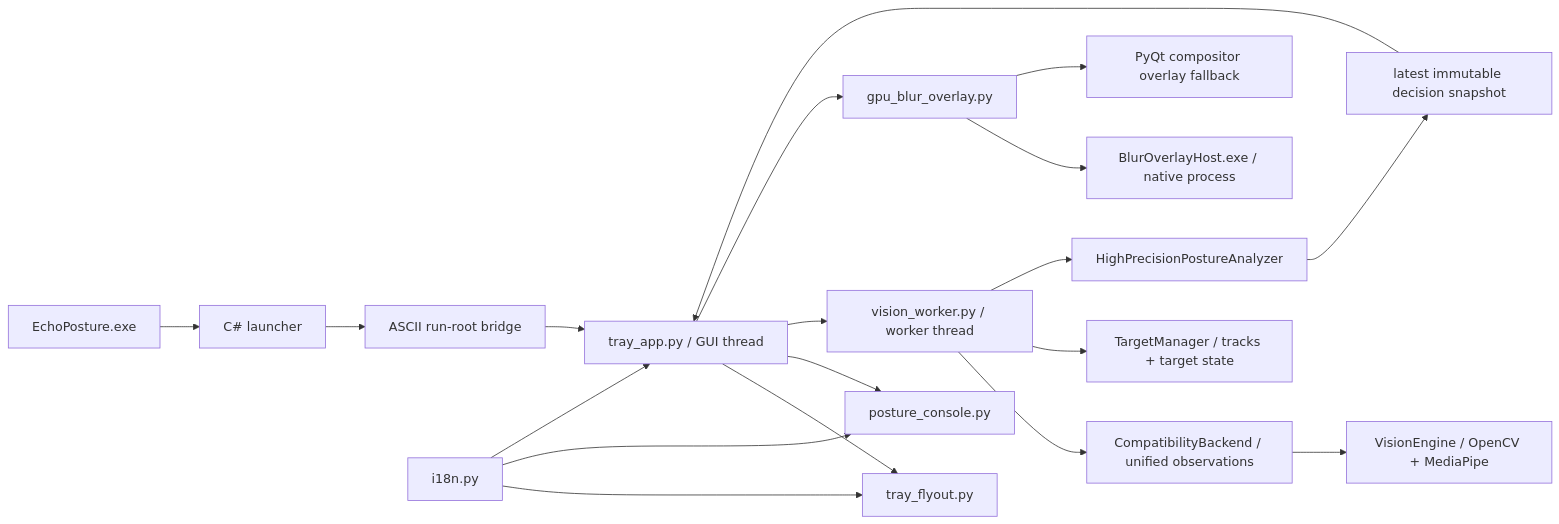
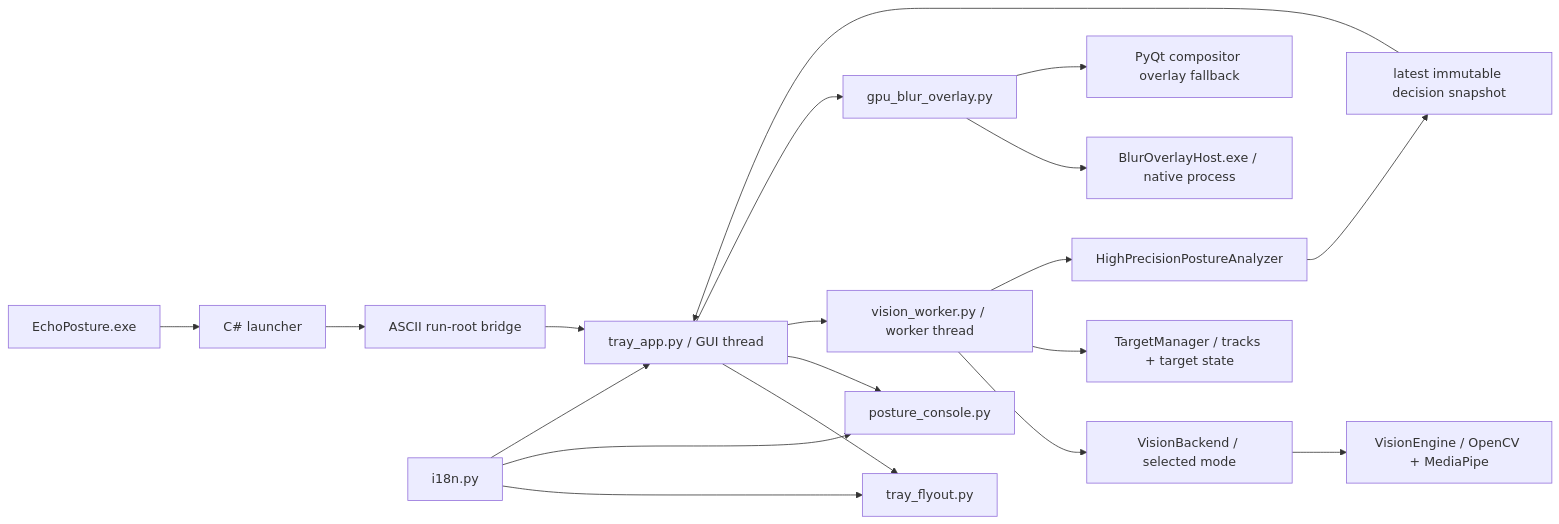
One commit to NOVVLA/EchoPosture changed the diagram in docs/ARCHITECTURE.md. Above: the diagram before and after it, drawn with Mermaid. The commit also changed other lines of this file and 3 other files, not shown here.

Commit message:
docs(audit): record vision identity mode boundaries

````diff
--- a/docs/ARCHITECTURE.md
+++ b/docs/ARCHITECTURE.md
@@ -9,24 +9,24 @@
 ```mermaid
 flowchart LR
     EXE[EchoPosture.exe] --> Launcher[C# launcher]
     Launcher --> Bridge[ASCII run-root bridge]
     Bridge --> Tray[tray_app.py / GUI thread]
 
     Tray --> Flyout[tray_flyout.py]
     Tray --> Console[posture_console.py]
     Tray --> Worker[vision_worker.py / worker thread]
-    Worker --> Backend[CompatibilityBackend / unified observations]
+    Worker --> Backend[VisionBackend / selected mode]
     Backend --> Engine[VisionEngine / OpenCV + MediaPipe]
     Worker --> Target[TargetManager / tracks + target state]
     Worker --> Analyzer[HighPrecisionPostureAnalyzer]
     Analyzer --> Snapshot[latest immutable decision snapshot]
     Snapshot --> Tray
 
     Tray --> OverlayCtl[gpu_blur_overlay.py]
     OverlayCtl --> Host[BlurOverlayHost.exe / native process]
     OverlayCtl --> Fallback[PyQt compositor overlay fallback]
 
     I18N[i18n.py] --> Flyout
     I18N --> Console
     I18N --> Tray
 ```
````
